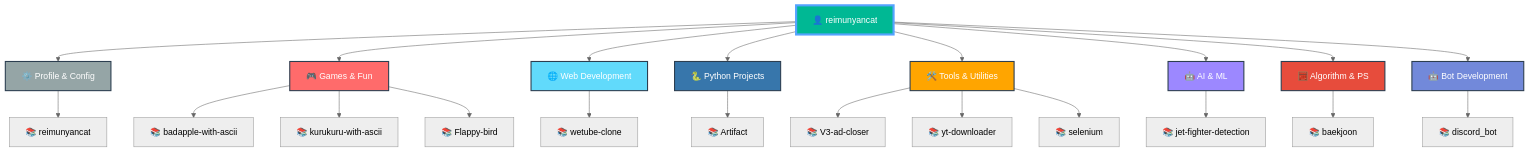
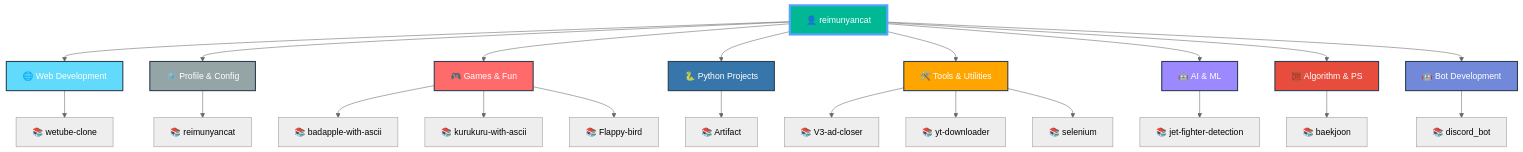
One commit to reimunyancat/reimunyancat changed the diagram in README.md. Above: the diagram before and after it, drawn with Mermaid (neutral theme). The commit also changed other lines of this file, not shown here.

Commit message:
🤖 Auto-update README with latest repositories

````diff
--- a/README.md
+++ b/README.md
@@ -160,42 +160,42 @@
 ```mermaid
 graph TD
   A[👤 reimunyancat]
 
-  A --> CAT0[⚙️ Profile & Config]
-  CAT0 --> CAT0_0[📚 reimunyancat]
+  A --> CAT0[🌐 Web Development]
+  CAT0 --> CAT0_0[📚 wetube-clone]
 
-  A --> CAT1[🎮 Games & Fun]
-  CAT1 --> CAT1_0[📚 badapple-with-ascii]
-  CAT1 --> CAT1_1[📚 kurukuru-with-ascii]
-  CAT1 --> CAT1_2[📚 Flappy-bird]
+  A --> CAT1[⚙️ Profile & Config]
+  CAT1 --> CAT1_0[📚 reimunyancat]
 
-  A --> CAT2[🌐 Web Development]
-  CAT2 --> CAT2_0[📚 wetube-clone]
+  A --> CAT2[🎮 Games & Fun]
+  CAT2 --> CAT2_0[📚 badapple-with-ascii]
+  CAT2 --> CAT2_1[📚 kurukuru-with-ascii]
+  CAT2 --> CAT2_2[📚 Flappy-bird]
 
   A --> CAT3[🐍 Python Projects]
   CAT3 --> CAT3_0[📚 Artifact]
 
   A --> CAT4[🛠️ Tools & Utilities]
   CAT4 --> CAT4_0[📚 V3-ad-closer]
   CAT4 --> CAT4_1[📚 yt-downloader]
   CAT4 --> CAT4_2[📚 selenium]
 
   A --> CAT5[🤖 AI & ML]
   CAT5 --> CAT5_0[📚 jet-fighter-detection]
 
   A --> CAT6[🧮 Algorithm & PS]
   CAT6 --> CAT6_0[📚 baekjoon]
 
   A --> CAT7[🤖 Bot Development]
   CAT7 --> CAT7_0[📚 discord_bot]
 
   style A fill:#00b894,stroke:#55a3ff,stroke-width:4px,color:#fff
-  style CAT0 fill:#95a5a6,stroke:#2c3e50,stroke-width:2px,color:#fff
-  style CAT1 fill:#ff6b6b,stroke:#2c3e50,stroke-width:2px,color:#fff
-  style CAT2 fill:#61dafb,stroke:#2c3e50,stroke-width:2px,color:#fff
+  style CAT0 fill:#61dafb,stroke:#2c3e50,stroke-width:2px,color:#fff
+  style CAT1 fill:#95a5a6,stroke:#2c3e50,stroke-width:2px,color:#fff
+  style CAT2 fill:#ff6b6b,stroke:#2c3e50,stroke-width:2px,color:#fff
   style CAT3 fill:#3776ab,stroke:#2c3e50,stroke-width:2px,color:#fff
   style CAT4 fill:#ffa500,stroke:#2c3e50,stroke-width:2px,color:#fff
   style CAT5 fill:#9c88ff,stroke:#2c3e50,stroke-width:2px,color:#fff
   style CAT6 fill:#e74c3c,stroke:#2c3e50,stroke-width:2px,color:#fff
   style CAT7 fill:#7289da,stroke:#2c3e50,stroke-width:2px,color:#fff
 ```
````
